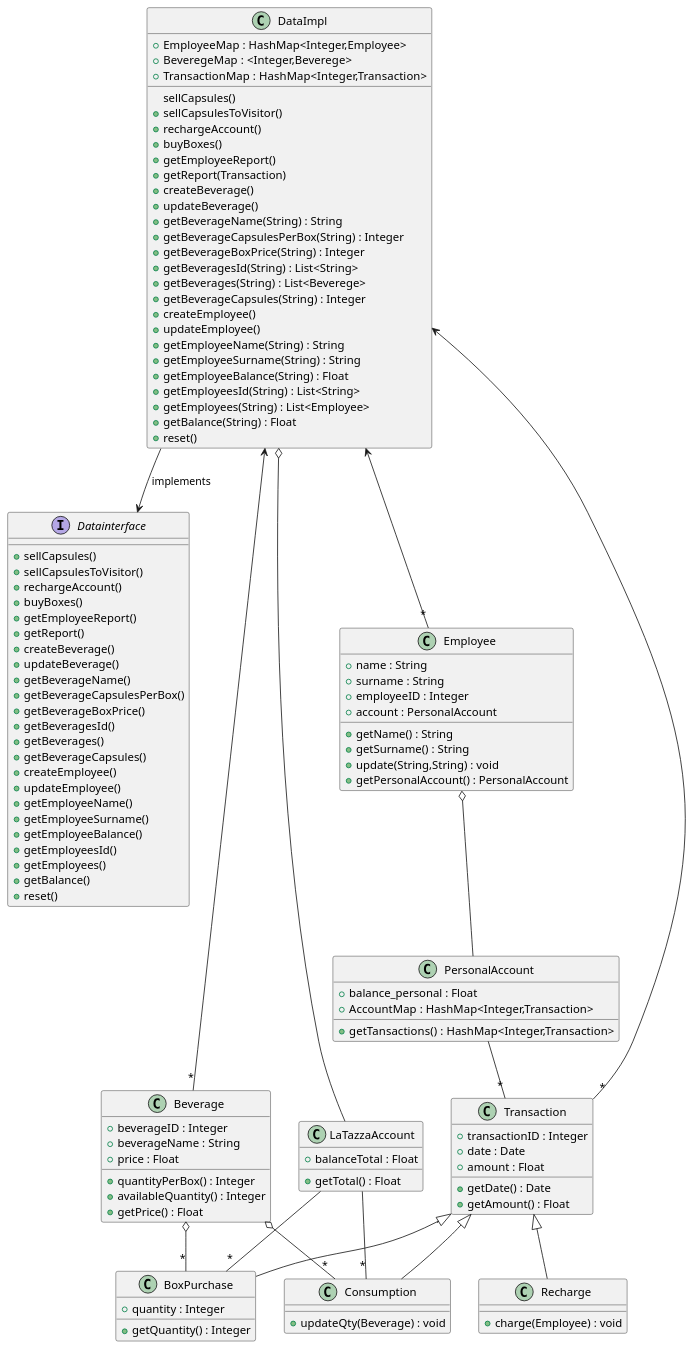
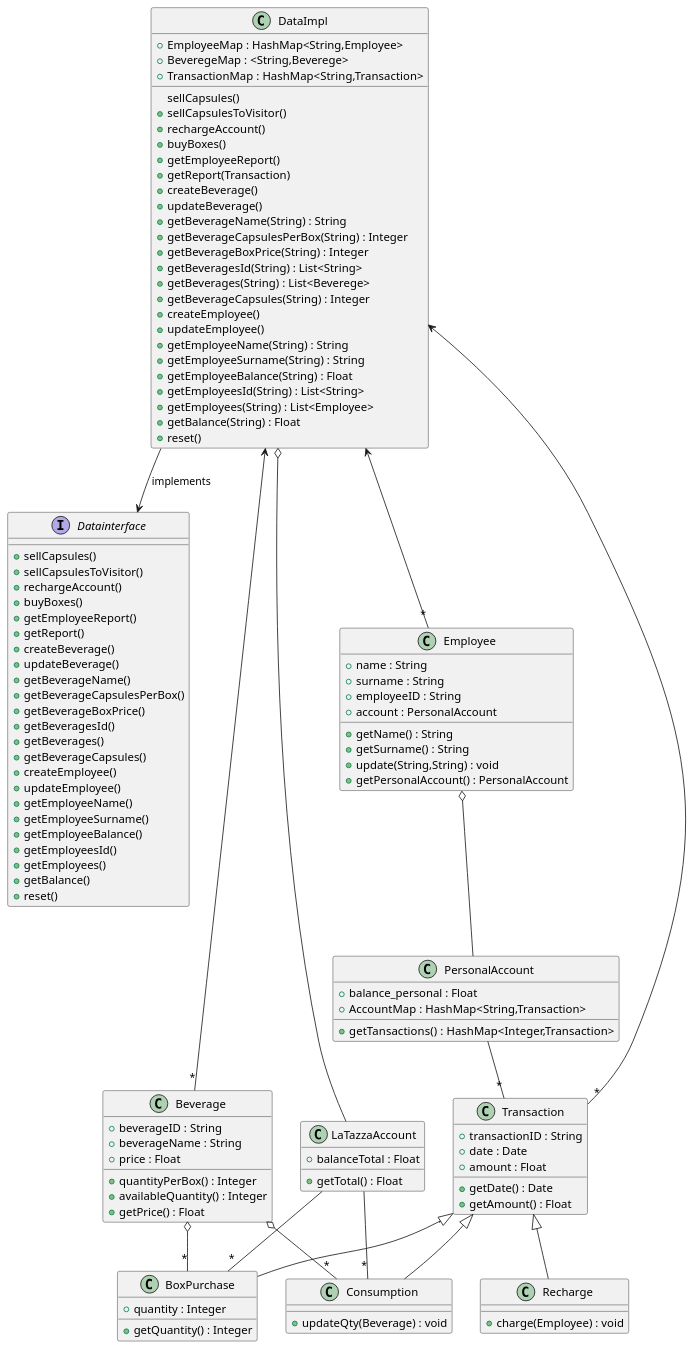
Before and after one commit to salvatore-dimartino/LaTazza: the third of 7 diagrams in templates/DesignDocumentTemplate.md, drawn with PlantUML.

```diff
--- a/templates/DesignDocumentTemplate.md
+++ b/templates/DesignDocumentTemplate.md
@@ -102,9 +102,9 @@
 
 class DataImpl {
 
-    +EmployeeMap : HashMap<Integer,Employee>
-    +BeveregeMap : <Integer,Beverege>
-    +TransactionMap : HashMap<Integer,Transaction>
+    +EmployeeMap : HashMap<String,Employee>
+    +BeveregeMap : <String,Beverege>
+    +TransactionMap : HashMap<String,Transaction>
     
     sellCapsules()
     +sellCapsulesToVisitor()
@@ -135,7 +135,7 @@
 
 class PersonalAccount {
     +balance_personal : Float
-    +AccountMap : HashMap<Integer,Transaction>
+    +AccountMap : HashMap<String,Transaction>
     
     +getTansactions() : HashMap<Integer,Transaction>
 }
@@ -149,7 +149,7 @@
 class Employee {
     +name : String
     +surname : String
-    +employeeID : Integer
+    +employeeID : String
     +account : PersonalAccount
     
     +getName() : String
@@ -159,7 +159,7 @@
 }
 
 class Beverage {
-    +beverageID : Integer
+    +beverageID : String
     +beverageName : String
     +price : Float
     
@@ -175,7 +175,7 @@
 }
 
 class Transaction {
-    +transactionID : Integer
+    +transactionID : String
     +date : Date
     +amount : Float
 
```
